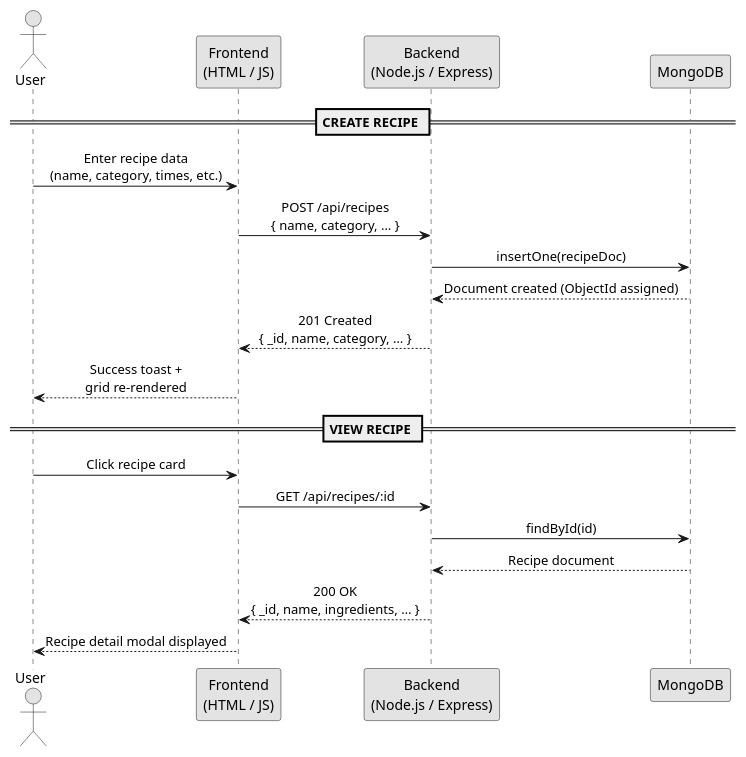
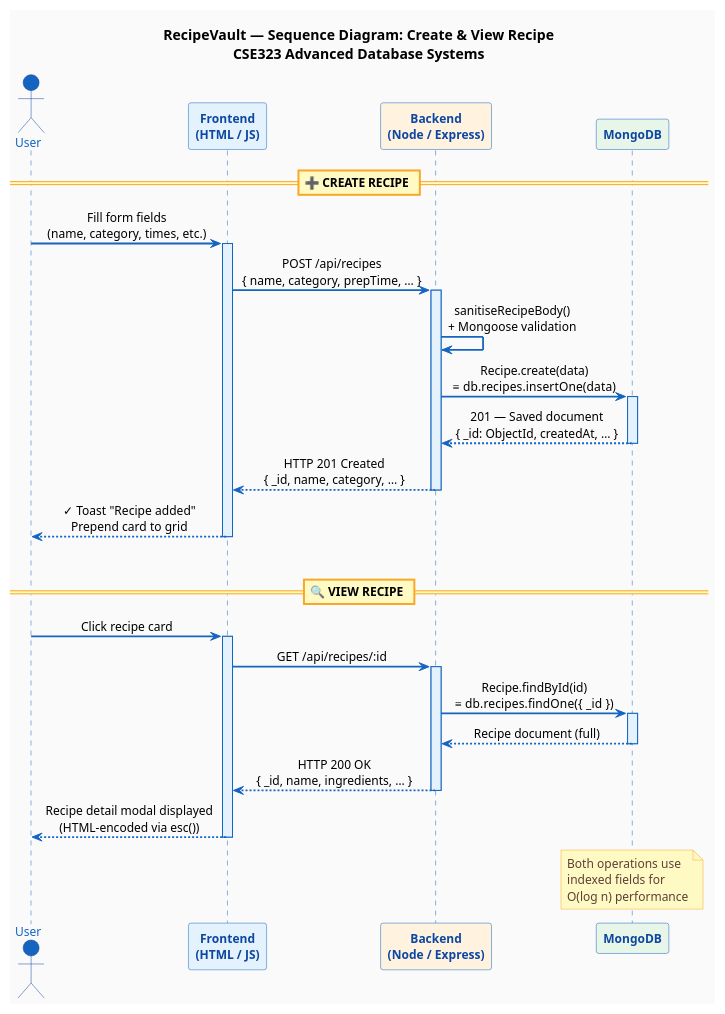
The second of 8 diagrams in DOCUMENTATION.md (ArwaMohey/ADB-Project), drawn with PlantUML before and after one commit. The commit also changed other lines of this file and 1 other file, not shown here.

First line of the commit message:
Add PRESENTATION.md, enhance DOCUMENTATION.md, and upgrade all PlantUML diagrams to professional color themes

````diff
--- a/DOCUMENTATION.md
+++ b/DOCUMENTATION.md
@@ -143,30 +194,98 @@
 ```plantuml
 @startuml RecipeVault_Sequence_CreateView
-skinparam monochrome true
+
+title RecipeVault — Sequence Diagram: Create & View Recipe\nCSE323 Advanced Database Systems
+
+skinparam backgroundColor #FAFAFA
+skinparam defaultFontName Arial
+skinparam defaultFontSize 12
 skinparam sequenceMessageAlign center
 
-actor User
-participant "Frontend\n(HTML / JS)" as FE
-participant "Backend\n(Node.js / Express)" as BE
-participant "MongoDB" as DB
+skinparam participant {
+  BackgroundColor #E3F2FD
+  BorderColor     #1565C0
+  FontColor       #0D47A1
+  FontStyle       bold
+}
 
-== CREATE RECIPE ==
+skinparam actor {
+  BackgroundColor #1565C0
+  BorderColor     #0D47A1
+  FontColor       #1565C0
+}
 
-User -> FE    : Enter recipe data\n(name, category, times, etc.)
-FE   -> BE    : POST /api/recipes\n{ name, category, … }
-BE   -> DB    : insertOne(recipeDoc)
-DB   --> BE   : Document created (ObjectId assigned)
-BE   --> FE   : 201 Created\n{ _id, name, category, … }
-FE   --> User : Success toast +\ngrid re-rendered
+skinparam sequence {
+  ArrowColor          #1565C0
+  ArrowThickness      1.8
+  LifeLineBorderColor #1565C0
+  LifeLineBackgroundColor #E3F2FD
+  GroupBackgroundColor    #E8F5E9
+  GroupBorderColor        #2E7D32
+  GroupHeaderFontColor    #1B5E20
+  GroupFontStyle          bold
+  DividerBackgroundColor  #FFF9C4
+  DividerBorderColor      #F9A825
+}
 
-== VIEW RECIPE ==
+skinparam note {
+  BackgroundColor #FFF9C4
+  BorderColor     #F9A825
+  FontColor       #5D4037
+}
 
-User -> FE    : Click recipe card
-FE   -> BE    : GET /api/recipes/:id
-BE   -> DB    : findById(id)
-DB   --> BE   : Recipe document
-BE   --> FE   : 200 OK\n{ _id, name, ingredients, … }
-FE   --> User : Recipe detail modal displayed
+actor        "User"                    as User
+participant  "Frontend\n(HTML / JS)"   as FE #E3F2FD
+participant  "Backend\n(Node / Express)" as BE #FFF3E0
+participant  "MongoDB"                 as DB #E8F5E9
+
+== ➕  CREATE RECIPE ==
+
+User  ->  FE  : Fill form fields\n(name, category, times, etc.)
+activate FE
+
+FE    ->  BE  : POST /api/recipes\n{ name, category, prepTime, … }
+activate BE
+
+BE    ->  BE  : sanitiseRecipeBody()\n+ Mongoose validation
+BE    ->  DB  : Recipe.create(data)\n≡ db.recipes.insertOne(data)
+activate DB
+
+DB   -->  BE  : 201 — Saved document\n{ _id: ObjectId, createdAt, … }
+deactivate DB
+
+BE   -->  FE  : HTTP 201 Created\n{ _id, name, category, … }
+deactivate BE
+
+FE   -->  User : ✓ Toast "Recipe added"\nPrepend card to grid
+deactivate FE
+
+|||
+
+== 🔍  VIEW RECIPE ==
+
+User  ->  FE  : Click recipe card
+activate FE
+
+FE    ->  BE  : GET /api/recipes/:id
+activate BE
+
+BE    ->  DB  : Recipe.findById(id)\n≡ db.recipes.findOne({ _id })
+activate DB
+
+DB   -->  BE  : Recipe document (full)
+deactivate DB
+
+BE   -->  FE  : HTTP 200 OK\n{ _id, name, ingredients, … }
+deactivate BE
+
+FE   -->  User : Recipe detail modal displayed\n(HTML-encoded via esc())
+deactivate FE
+
+note over DB
+  Both operations use
+  indexed fields for
+  O(log n) performance
+end note
 
 @enduml
 ```
````
